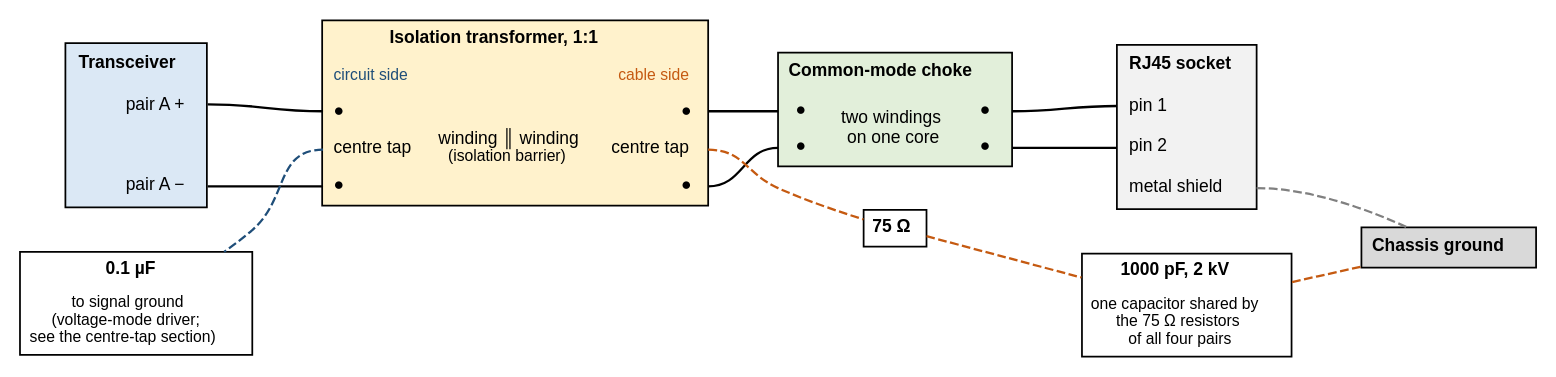
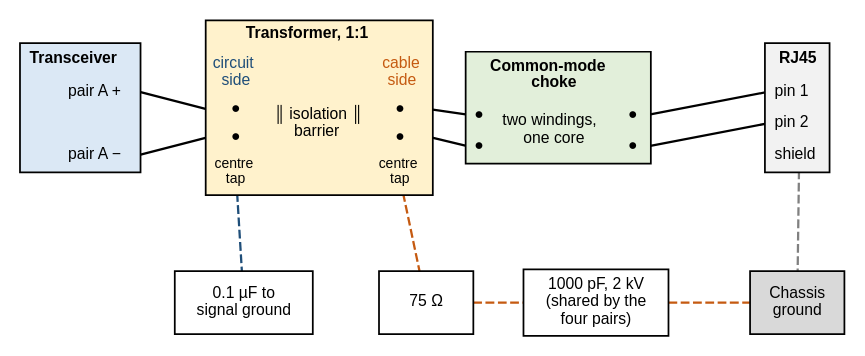
The diagram in docs/ethernet/magnetics/one-pair.dot (mithro/evampire), drawn with Graphviz before and after one commit. The commit also changed 5 other files, not shown here.

Commit message:
Redraw magnetics diagrams to fit the page width; add capacitor-coupled front end

```diff
--- a/docs/ethernet/magnetics/one-pair.dot
+++ b/docs/ethernet/magnetics/one-pair.dot
@@ -1,95 +1,74 @@
-// One twisted pair between an Ethernet transceiver and the RJ45 socket.
+// One twisted pair between an Ethernet transceiver and the RJ45 socket,
+// through standard magnetics (first version of evampire boards).
+//
+// Fixed grid, positions in inches. Top row: signal path. Bottom row:
+// centre-tap connections.
 //
 // SPDX-License-Identifier: Apache-2.0
 
-digraph one_pair {
-    graph [rankdir=LR, fontname="Helvetica", fontsize=11, nodesep=0.35,
-           ranksep=0.55, splines=spline, newrank=true];
-    node  [fontname="Helvetica", fontsize=10, shape=plain];
-    edge  [fontname="Helvetica", fontsize=9, arrowhead=none, penwidth=1.3];
+graph one_pair {
+    graph [layout=neato, splines=line, outputorder=edgesfirst,
+           fontname="Helvetica", fontsize=10];
+    node  [fontname="Helvetica", fontsize=9, shape=plain, pin=true];
+    edge  [penwidth=1.3];
 
-        phy [label=<
-          <table border="1" cellborder="0" cellspacing="0" cellpadding="6"
-                 bgcolor="#dbe8f5">
-            <tr><td colspan="2"><b>Transceiver</b></td></tr>
-            <tr><td></td><td port="p" align="right">pair A +</td></tr>
-            <tr><td></td><td>&nbsp;</td></tr>
-            <tr><td></td><td port="n" align="right">pair A −</td></tr>
-          </table>>];
-
-        c_ct [label=<
-          <table border="1" cellborder="0" cellspacing="0" cellpadding="4"
-                 bgcolor="#ffffff">
-            <tr><td><b>0.1 µF</b></td></tr>
-            <tr><td><font point-size="9">to signal ground<br/>(voltage-mode driver;<br/>see the centre-tap section)</font></td></tr>
-          </table>>];
-
-    xfmr [label=<
-      <table border="1" cellborder="0" cellspacing="0" cellpadding="5"
-             bgcolor="#fff2cc">
-        <tr><td colspan="3"><b>Isolation transformer, 1:1</b></td></tr>
-        <tr><td align="left"><font point-size="9" color="#1f4e79">circuit side</font></td><td></td><td align="right"><font point-size="9" color="#c55a11">cable side</font></td></tr>
-        <tr><td port="lp" align="left">●</td><td rowspan="3">winding ║ winding<br/><font point-size="9">(isolation barrier)</font></td><td port="rp" align="right">●</td></tr>
-        <tr><td port="lct" align="left">centre tap</td><td port="rct" align="right">centre tap</td></tr>
-        <tr><td port="ln" align="left">●</td><td port="rn" align="right">●</td></tr>
+    phy [pos="0.45,2.0!", label=<
+      <table border="1" cellborder="0" cellspacing="0" cellpadding="4"
+             bgcolor="#dbe8f5">
+        <tr><td><b>Transceiver</b></td></tr>
+        <tr><td port="p" align="right">pair A +</td></tr>
+        <tr><td>&nbsp;</td></tr>
+        <tr><td port="n" align="right">pair A −</td></tr>
       </table>>];
 
-        cmc [label=<
-          <table border="1" cellborder="0" cellspacing="0" cellpadding="5"
-                 bgcolor="#e2efda">
-            <tr><td colspan="3"><b>Common-mode choke</b></td></tr>
-            <tr><td port="ip">●</td><td rowspan="2">two windings<br/>on one core</td><td port="op">●</td></tr>
-            <tr><td port="in">●</td><td port="on">●</td></tr>
-          </table>>];
-
-        rj45 [label=<
-          <table border="1" cellborder="0" cellspacing="0" cellpadding="6"
-                 bgcolor="#f2f2f2">
-            <tr><td><b>RJ45 socket</b></td></tr>
-            <tr><td port="p1" align="left">pin 1</td></tr>
-            <tr><td port="p2" align="left">pin 2</td></tr>
-            <tr><td port="sh" align="left">metal shield</td></tr>
-          </table>>];
-
-        r75 [label=<
-          <table border="1" cellborder="0" cellspacing="0" cellpadding="4"
-                 bgcolor="#ffffff">
-            <tr><td><b>75 Ω</b></td></tr>
-          </table>>];
-
-
-        chv [label=<
-          <table border="1" cellborder="0" cellspacing="0" cellpadding="4"
-                 bgcolor="#ffffff">
-            <tr><td><b>1000 pF, 2 kV</b></td></tr>
-            <tr><td><font point-size="9">one capacitor shared by<br/>the 75 Ω resistors<br/>of all four pairs</font></td></tr>
-          </table>>];
-
-    chassis [label=<
-      <table border="1" cellborder="0" cellspacing="0" cellpadding="5"
-             bgcolor="#d9d9d9">
-        <tr><td><b>Chassis ground</b></td></tr>
+    xfmr [pos="2.35,2.0!", label=<
+      <table border="1" cellborder="0" cellspacing="0" cellpadding="3"
+             bgcolor="#fff2cc">
+        <tr><td colspan="3"><b>Transformer, 1:1</b></td></tr>
+        <tr><td align="left"><font color="#1f4e79">circuit<br/>side</font></td><td></td>
+            <td align="right"><font color="#c55a11">cable<br/>side</font></td></tr>
+        <tr><td port="lp">●</td><td rowspan="2">║ isolation ║<br/>barrier</td><td port="rp">●</td></tr>
+        <tr><td port="ln">●</td><td port="rn">●</td></tr>
+        <tr><td port="lct"><font point-size="8">centre<br/>tap</font></td><td></td>
+            <td port="rct"><font point-size="8">centre<br/>tap</font></td></tr>
       </table>>];
 
+    cmc [pos="4.25,2.0!", label=<
+      <table border="1" cellborder="0" cellspacing="0" cellpadding="4"
+             bgcolor="#e2efda">
+        <tr><td colspan="3"><b>Common-mode<br/>choke</b></td></tr>
+        <tr><td port="ip">●</td><td rowspan="2">two windings,<br/>one core</td><td port="op">●</td></tr>
+        <tr><td port="in">●</td><td port="on">●</td></tr>
+      </table>>];
+
+    rj45 [pos="6.15,2.0!", label=<
+      <table border="1" cellborder="0" cellspacing="0" cellpadding="4"
+             bgcolor="#f2f2f2">
+        <tr><td><b>RJ45</b></td></tr>
+        <tr><td port="p1" align="left">pin 1</td></tr>
+        <tr><td port="p2" align="left">pin 2</td></tr>
+        <tr><td port="sh" align="left">shield</td></tr>
+      </table>>];
+
+    node [shape=box, style=filled, fillcolor="#ffffff", fontsize=9];
+    c_ct    [pos="1.75,0.45!", label="0.1 µF to\nsignal ground"];
+    r75     [pos="3.2,0.45!", label="75 Ω"];
+    chv     [pos="4.55,0.45!", label="1000 pF, 2 kV\n(shared by the\nfour pairs)"];
+    chassis [pos="6.15,0.45!", label="Chassis\nground", fillcolor="#d9d9d9"];
+
     // Signal path.
-    phy:p   -> xfmr:lp;
-    phy:n   -> xfmr:ln;
-    xfmr:rp -> cmc:ip;
-    xfmr:rn -> cmc:in;
-    cmc:op  -> rj45:p1;
-    cmc:on  -> rj45:p2;
+    phy:p   -- xfmr:lp;
+    phy:n   -- xfmr:ln;
+    xfmr:rp -- cmc:ip;
+    xfmr:rn -- cmc:in;
+    cmc:op  -- rj45:p1;
+    cmc:on  -- rj45:p2;
 
-    // Chip-side centre tap.
-    xfmr:lct -> c_ct [style=dashed, color="#1f4e79"];
-
-    // Cable-side centre tap and common-mode termination.
-    xfmr:rct -> r75 [style=dashed, color="#c55a11"];
-    r75      -> chv [style=dashed, color="#c55a11"];
-    chv      -> chassis [style=dashed, color="#c55a11"];
-    rj45:sh  -> chassis [style=dashed, color="#808080"];
-
-    // Columns, left to right; within a column the first node is on top.
-    { rank=same; phy -> c_ct [style=invis]; }
-    { rank=same; cmc -> r75 [style=invis]; }
-    { rank=same; rj45 -> chv [style=invis]; }
+    // Centre taps.
+    edge [style=dashed];
+    xfmr:lct:s -- c_ct [color="#1f4e79"];
+    xfmr:rct:s -- r75 [color="#c55a11"];
+    r75 -- chv [color="#c55a11"];
+    chv -- chassis [color="#c55a11"];
+    rj45:sh:s -- chassis [color="#808080"];
 }
```
